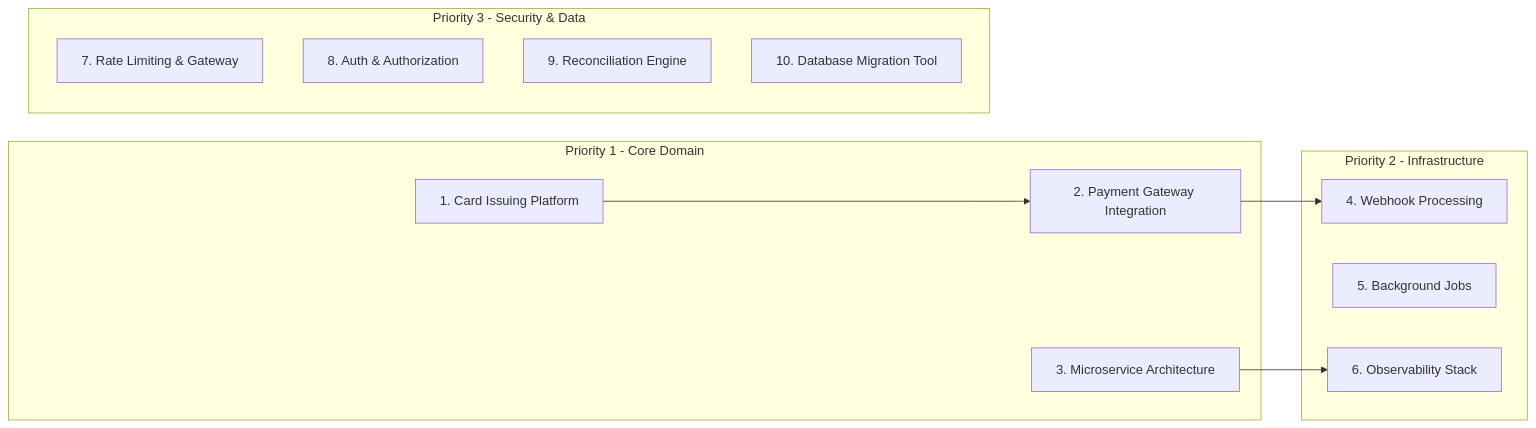
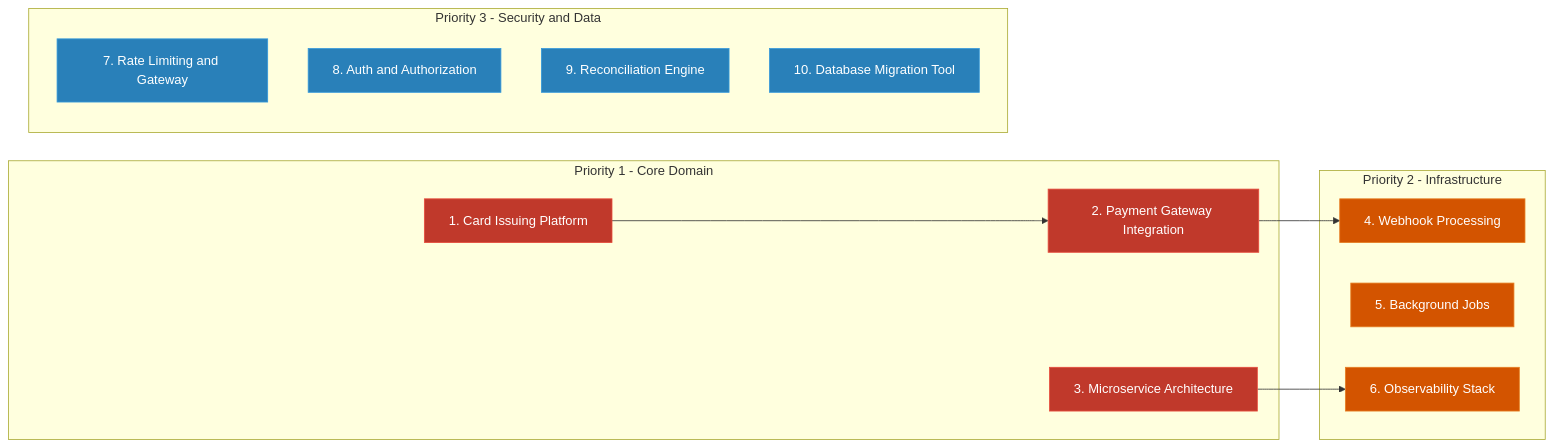
Diagram 12 of 12 in content/docs/portfolio-preparation-guide-for-backend-engineer-at-straitsx.md (6066606/u), drawn with Mermaid before and after one commit. The commit also changed other lines of this file and 1 other file, not shown here.

````diff
--- a/content/docs/portfolio-preparation-guide-for-backend-engineer-at-straitsx.md
+++ b/content/docs/portfolio-preparation-guide-for-backend-engineer-at-straitsx.md
@@ -673,26 +1436,36 @@
 ```mermaid
 graph LR
     subgraph "Priority 1 - Core Domain"
         P1["1. Card Issuing Platform"]
         P2["2. Payment Gateway Integration"]
         P3["3. Microservice Architecture"]
     end
 
     subgraph "Priority 2 - Infrastructure"
         P4["4. Webhook Processing"]
         P5["5. Background Jobs"]
         P6["6. Observability Stack"]
     end
 
-    subgraph "Priority 3 - Security & Data"
-        P7["7. Rate Limiting & Gateway"]
-        P8["8. Auth & Authorization"]
+    subgraph "Priority 3 - Security and Data"
+        P7["7. Rate Limiting and Gateway"]
+        P8["8. Auth and Authorization"]
         P9["9. Reconciliation Engine"]
         P10["10. Database Migration Tool"]
     end
 
     P1 --> P2
     P2 --> P4
     P3 --> P6
 
+    style P1 fill:#c0392b,stroke:#e74c3c,color:#fff
+    style P2 fill:#c0392b,stroke:#e74c3c,color:#fff
+    style P3 fill:#c0392b,stroke:#e74c3c,color:#fff
+    style P4 fill:#d35400,stroke:#e67e22,color:#fff
+    style P5 fill:#d35400,stroke:#e67e22,color:#fff
+    style P6 fill:#d35400,stroke:#e67e22,color:#fff
+    style P7 fill:#2980b9,stroke:#3498db,color:#fff
+    style P8 fill:#2980b9,stroke:#3498db,color:#fff
+    style P9 fill:#2980b9,stroke:#3498db,color:#fff
+    style P10 fill:#2980b9,stroke:#3498db,color:#fff
 ```
````
